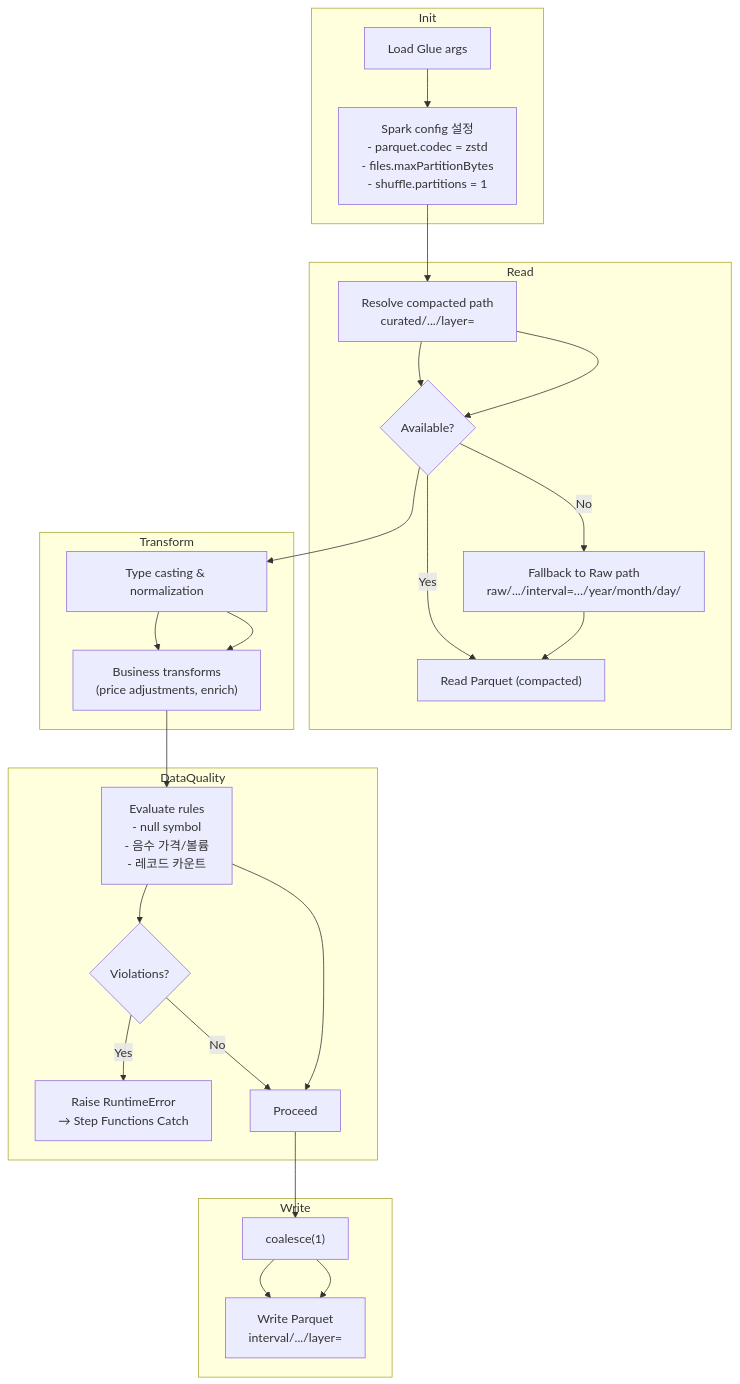
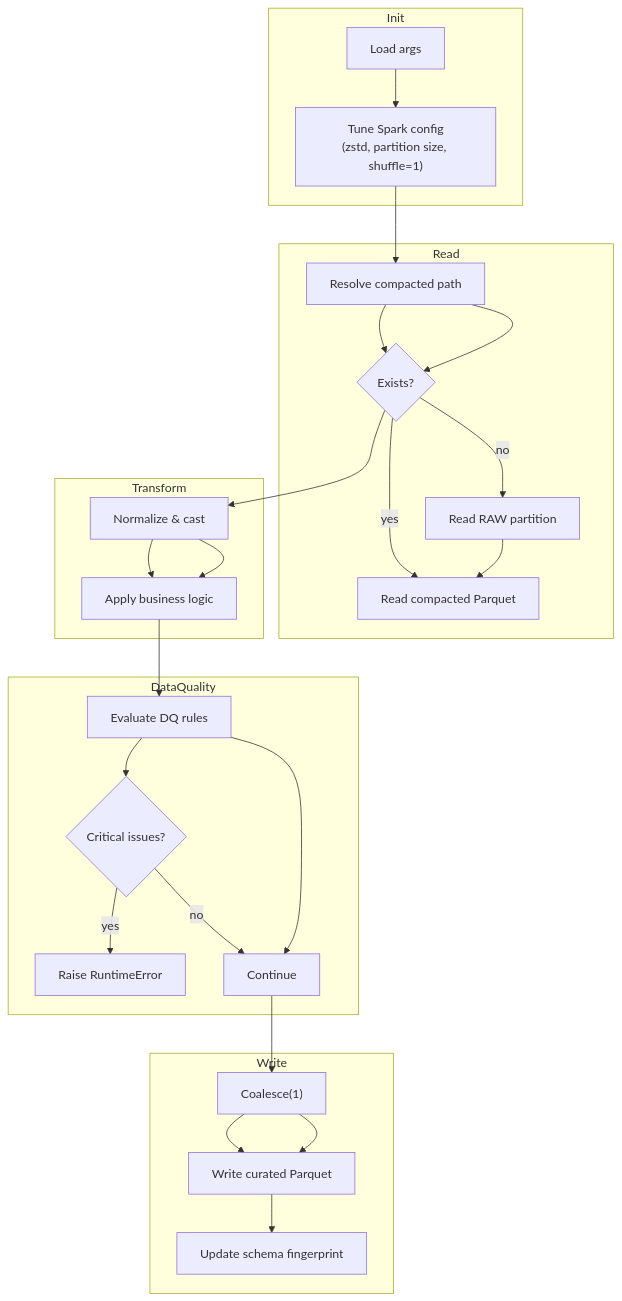
The diagram in docs/diagrams/transform/06-glue-job-internals.md (keemgdeok/fin-forge-pipeline), drawn with Mermaid before and after one commit. The commit also changed other lines of this file and 17 other files, not shown here.

Commit message:
feat: update transform docs/diagram

````diff
--- a/docs/diagrams/transform/06-glue-job-internals.md
+++ b/docs/diagrams/transform/06-glue-job-internals.md
@@ -3,31 +3,30 @@
 ```mermaid
 flowchart TD
   subgraph Init
-    A1["Load Glue args"] --> A2["Spark config 설정\n- parquet.codec = zstd\n- files.maxPartitionBytes<br/>- shuffle.partitions = 1"]
+    A1["Load args"] --> A2["Tune Spark config<br/>(zstd, partition size, shuffle=1)"]
   end
 
   subgraph Read
-    R1["Resolve compacted path\ncurated/.../layer=<compacted>"] --> R2{Available?}
-    R2 -->|Yes| R3["Read Parquet (compacted)"]
-    R2 -->|No| R4["Fallback to Raw path\nraw/.../interval=…/year/month/day/"]
+    R1["Resolve compacted path"] --> R2{Exists?}
+    R2 -->|yes| R3["Read compacted Parquet"]
+    R2 -->|no| R4["Read RAW partition"]
     R4 --> R3
   end
 
   subgraph Transform
-    T1["Type casting & normalization"] --> T2["Business transforms<br/>(price adjustments, enrich)"]
+    T1["Normalize & cast"] --> T2["Apply business logic"]
   end
 
   subgraph DataQuality
-    DQ1["Evaluate rules\n- null symbol\n- 음수 가격/볼륨\n- 레코드 카운트"] --> DQ2{Violations?}
-    DQ2 -->|Yes| DQF["Raise RuntimeError\n→ Step Functions Catch"]
-    DQ2 -->|No| DQP["Proceed"]
+    DQ1["Evaluate DQ rules"] --> DQ2{Critical issues?}
+    DQ2 -->|yes| DQF["Raise RuntimeError"]
+    DQ2 -->|no| DQP["Continue"]
   end
 
   subgraph Write
-    W1["coalesce(1)"] --> W2["Write Parquet\ninterval/.../layer=<curated>"]
+    W1["Coalesce(1)"] --> W2["Write curated Parquet"]
+    W2 --> FP["Update schema fingerprint"]
   end
 
   A2 --> R1 --> R2 --> T1 --> T2 --> DQ1 --> DQP --> W1 --> W2
-
-  classDef note fill:#eef7ff,stroke:#3d7ea6,color:#244a5b;
 ```
````
